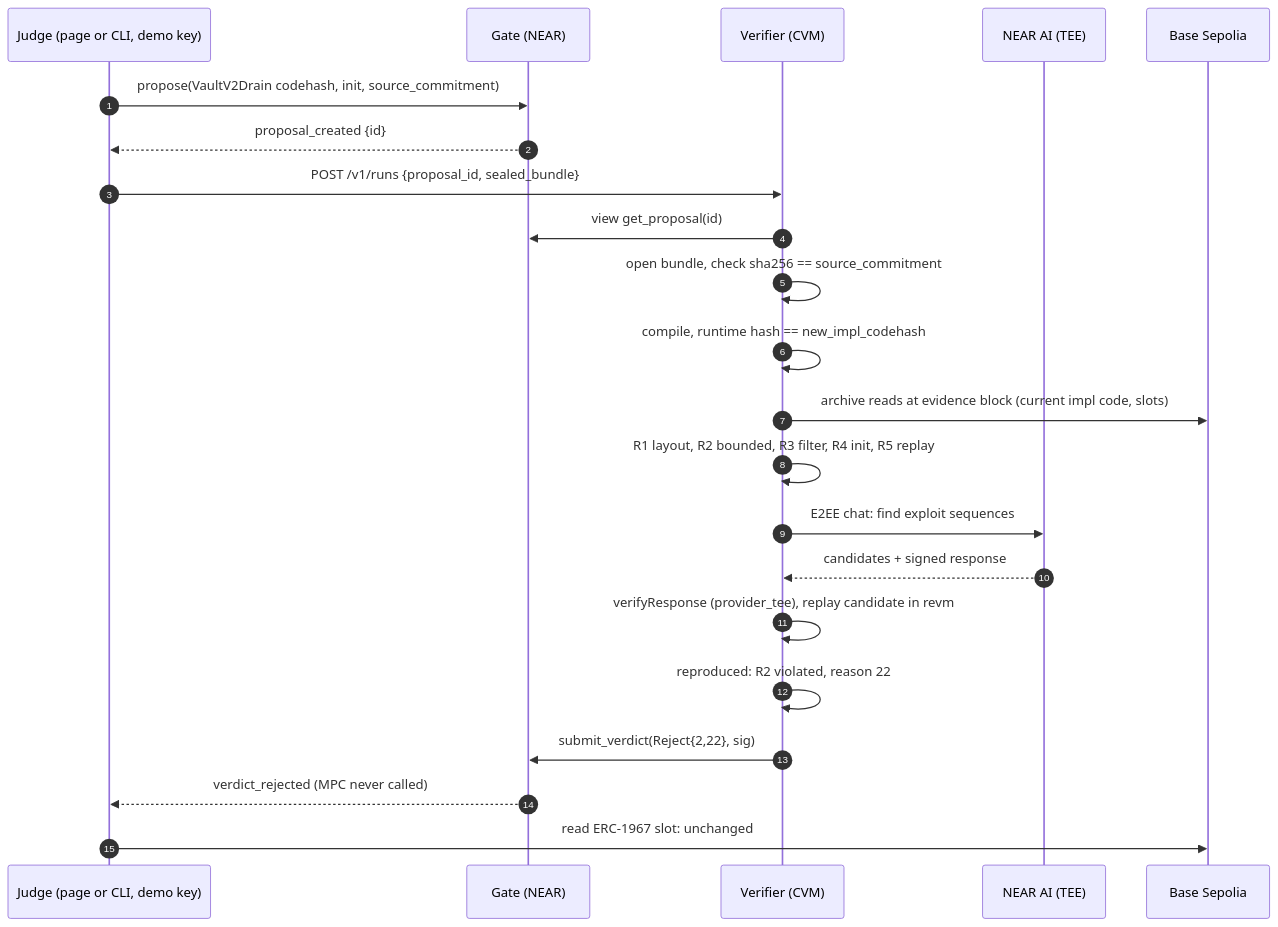
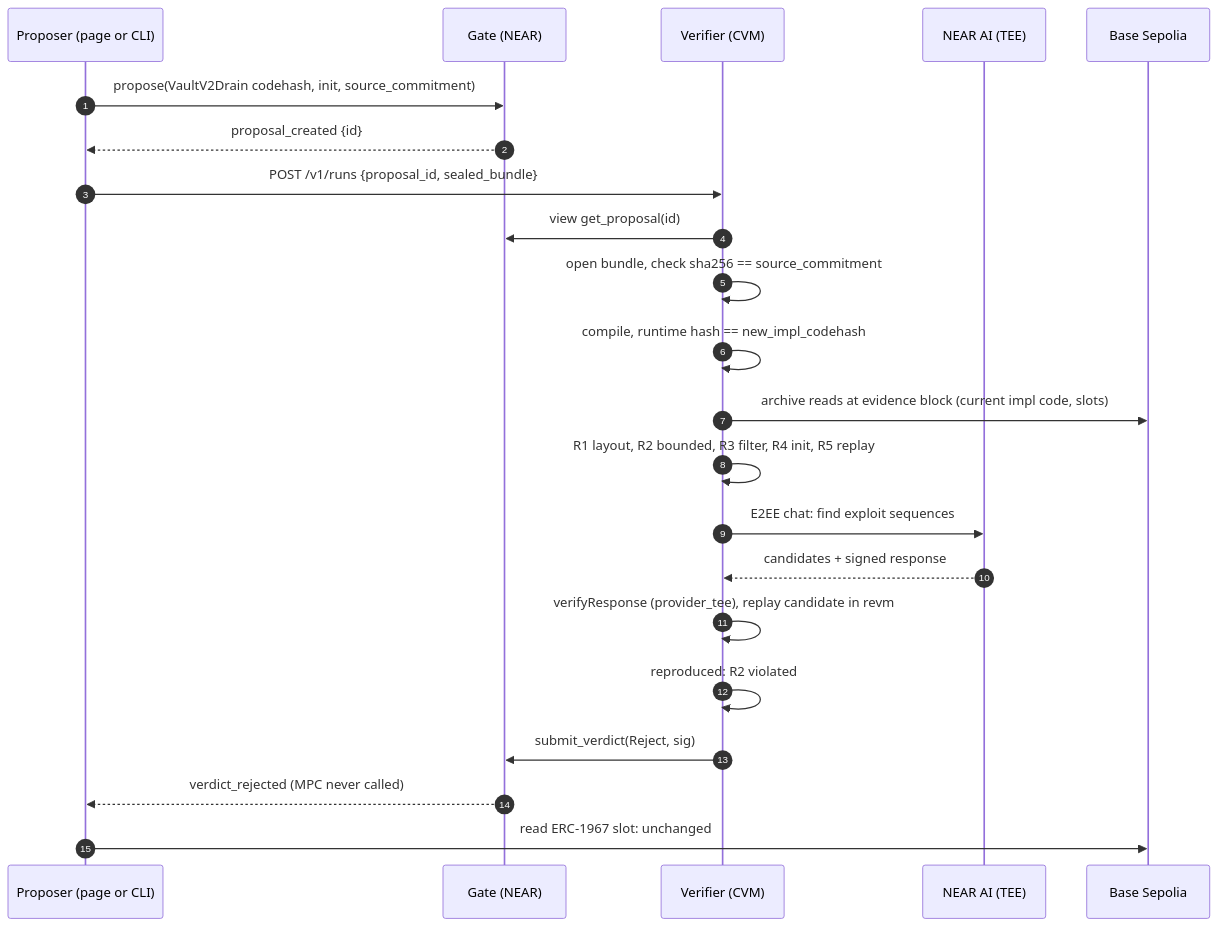
One commit to Dylansius11/constitution changed the second of 3 diagrams in docs/technical/ARCHITECTURE.md. Above: the diagram before and after it, drawn with Mermaid. The commit also changed other lines of this file and 4 other files, not shown here.

````diff
--- a/docs/technical/ARCHITECTURE.md
+++ b/docs/technical/ARCHITECTURE.md
@@ -73,24 +73,24 @@
 ```mermaid
 sequenceDiagram
   autonumber
-  participant J as Judge (page or CLI, demo key)
+  participant J as Proposer (page or CLI)
   participant G as Gate (NEAR)
   participant V as Verifier (CVM)
   participant AI as NEAR AI (TEE)
   participant B as Base Sepolia
   J->>G: propose(VaultV2Drain codehash, init, source_commitment)
   G-->>J: proposal_created {id}
   J->>V: POST /v1/runs {proposal_id, sealed_bundle}
   V->>G: view get_proposal(id)
   V->>V: open bundle, check sha256 == source_commitment
   V->>V: compile, runtime hash == new_impl_codehash
   V->>B: archive reads at evidence block (current impl code, slots)
   V->>V: R1 layout, R2 bounded, R3 filter, R4 init, R5 replay
   V->>AI: E2EE chat: find exploit sequences
   AI-->>V: candidates + signed response
   V->>V: verifyResponse (provider_tee), replay candidate in revm
-  V->>V: reproduced: R2 violated, reason 22
-  V->>G: submit_verdict(Reject{2,22}, sig)
+  V->>V: reproduced: R2 violated
+  V->>G: submit_verdict(Reject, sig)
   G-->>J: verdict_rejected (MPC never called)
   J->>B: read ERC-1967 slot: unchanged
 ```
````
